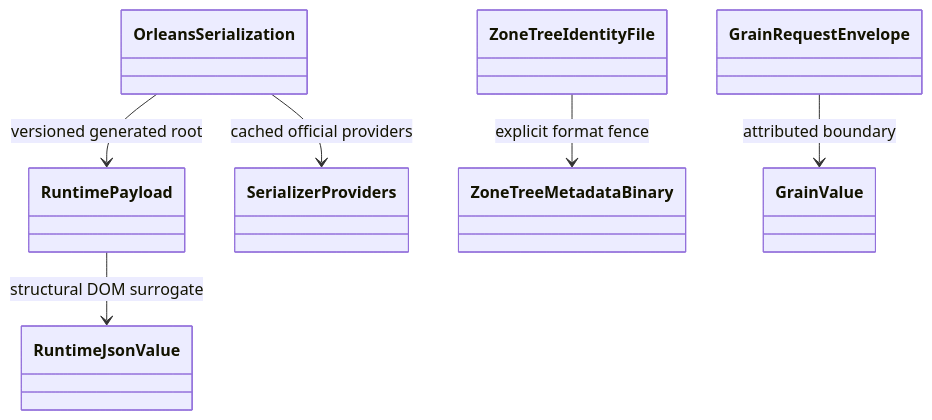
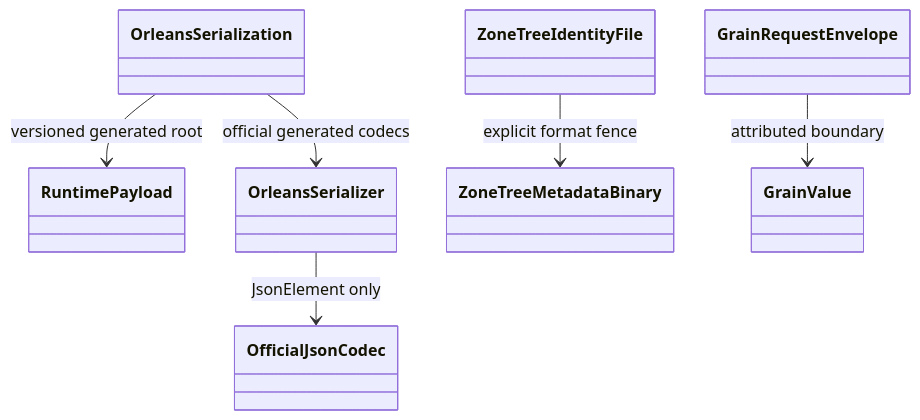
Before and after one commit to managedcode/KeyLoad: diagram 14 of 30 in docs/Architecture.md, drawn with Mermaid. The commit also changed 363 other files, not shown here.

First line of the commit message:
Adopt Rapid membership and native Orleans serialization

````diff
--- a/docs/Architecture.md
+++ b/docs/Architecture.md
@@ -470,8 +470,8 @@
 ```mermaid
 classDiagram
     OrleansSerialization --> RuntimePayload : versioned generated root
-    OrleansSerialization --> SerializerProviders : cached official providers
-    RuntimePayload --> RuntimeJsonValue : structural DOM surrogate
+    OrleansSerialization --> OrleansSerializer : official generated codecs
+    OrleansSerializer --> OfficialJsonCodec : JsonElement only
     ZoneTreeIdentityFile --> ZoneTreeMetadataBinary : explicit format fence
     GrainRequestEnvelope --> GrainValue : attributed boundary
 ```
````
